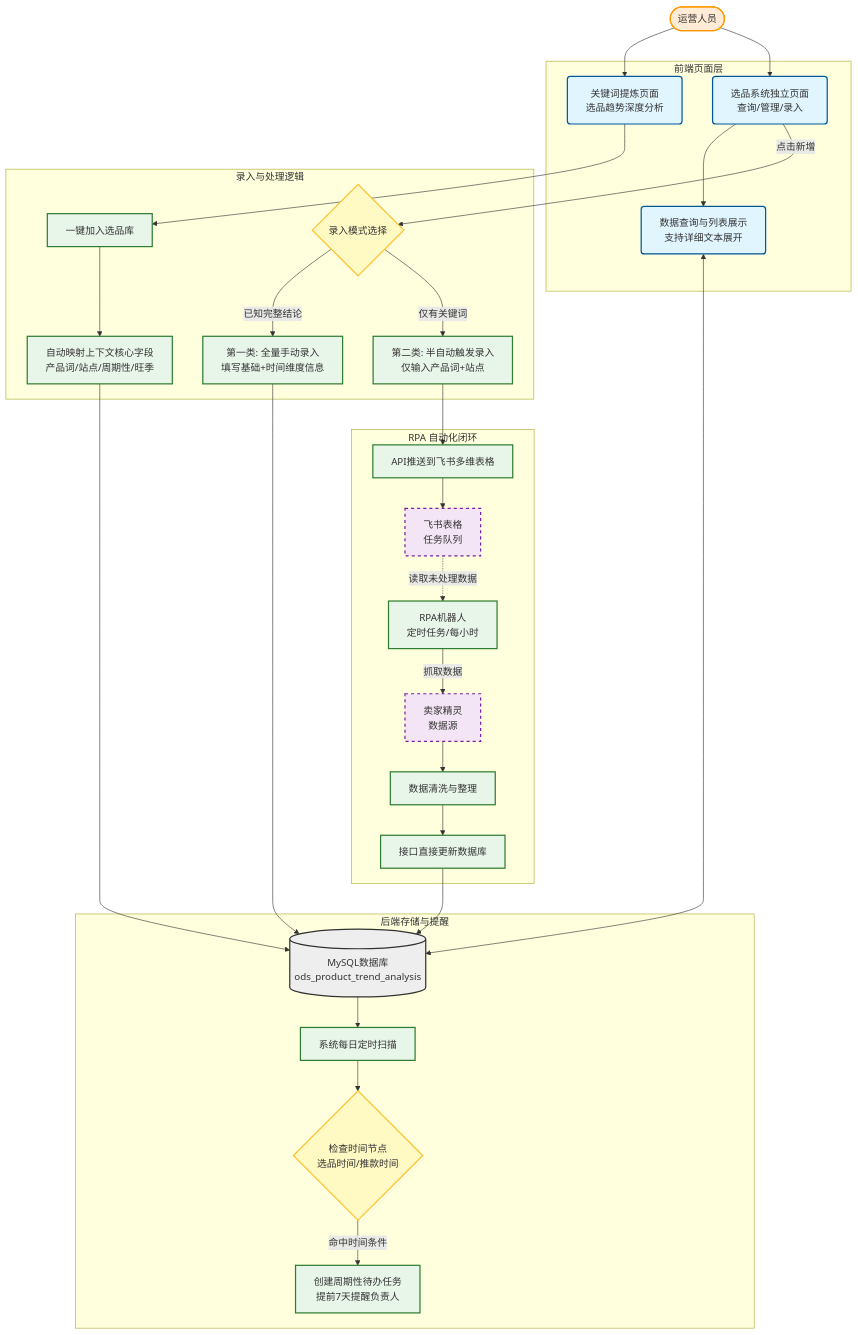
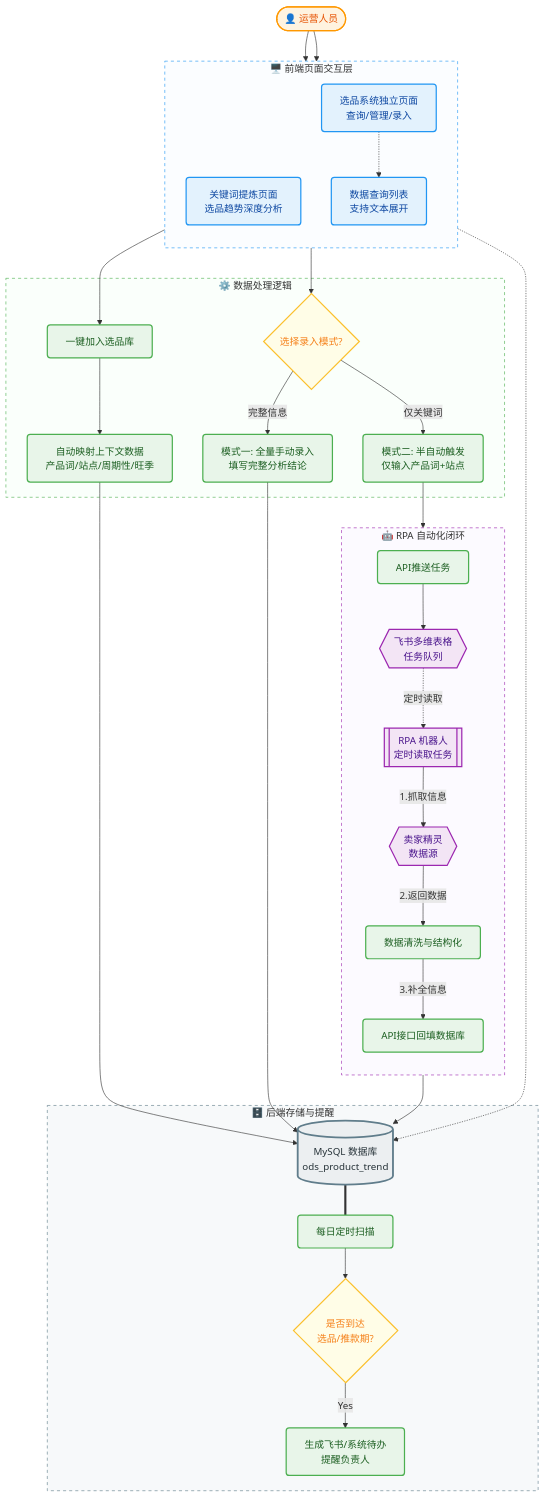
The diagram in all/未命名-1.md (Fleve-MY/iodraw-files), drawn with Mermaid before and after one commit.

Commit message:
2026-01-07 17:41:07 update

````diff
--- a/all/未命名-1.md
+++ b/all/未命名-1.md
@@ -1,83 +1,108 @@
 ```mermaid
 graph TD
-    %% 定义样式
-    classDef actor fill:#ffebd6,stroke:#ff9800,stroke-width:2px;
-    classDef ui fill:#e1f5fe,stroke:#01579b,stroke-width:2px,rx:5,ry:5;
-    classDef process fill:#e8f5e9,stroke:#2e7d32,stroke-width:2px;
-    classDef decision fill:#fff9c4,stroke:#fbc02d,stroke-width:2px,shape:rhombus;
-    classDef db fill:#eee,stroke:#333,stroke-width:2px,shape:cylinder;
-    classDef ext fill:#f3e5f5,stroke:#7b1fa2,stroke-width:2px,stroke-dasharray: 5 5;
+    %% --- 全局样式配置 ---
+    %% 基础字体与线条设置
+    %% linkStyle default stroke:#666,stroke-width:2px,fill:none,stroke-dasharray: 0; 
+    
+    %% --- 样式类定义 (Class Definitions) ---
+    %% 1. 角色类 (橙色)
+    classDef actorStyle fill:#FFF3E0,stroke:#FF9800,stroke-width:2px,color:#E65100,rx:20,ry:20;
+    
+    %% 2. 页面UI类 (蓝色)
+    classDef uiStyle fill:#E3F2FD,stroke:#2196F3,stroke-width:2px,color:#0D47A1,rx:5,ry:5;
+    
+    %% 3. 处理逻辑类 (绿色)
+    classDef processStyle fill:#E8F5E9,stroke:#4CAF50,stroke-width:2px,color:#1B5E20,rx:5,ry:5;
+    
+    %% 4. 判定节点类 (黄色菱形)
+    classDef decisionStyle fill:#FFFDE7,stroke:#FBC02D,stroke-width:2px,color:#F57F17,shape:rhombus;
+    
+    %% 5. RPA/外部系统类 (紫色)
+    classDef extStyle fill:#F3E5F5,stroke:#9C27B0,stroke-width:2px,color:#4A148C,shape:hexagon;
+    
+    %% 6. 数据库/存储类 (灰色圆柱)
+    classDef dbStyle fill:#ECEFF1,stroke:#607D8B,stroke-width:3px,color:#263238,shape:cylinder;
 
-    %% 角色
-    User([运营人员]):::actor
+    %% --- 节点定义 ---
 
-    %% 前端页面层
-    subgraph UI_Layer [前端页面层]
-        TrendPage[关键词提炼页面<br>选品趋势深度分析]:::ui
-        SystemPage[选品系统独立页面<br>查询/管理/录入]:::ui
-        QueryDisplay[数据查询与列表展示<br>支持详细文本展开]:::ui
+    User([👤 运营人员]):::actorStyle
+
+    %% 区域1：前端页面交互
+    subgraph UI_Group [ 🖥️ 前端页面交互层 ]
+        direction TB
+        TrendPage[关键词提炼页面<br>选品趋势深度分析]:::uiStyle
+        SystemPage[选品系统独立页面<br>查询/管理/录入]:::uiStyle
+        QueryDisplay[数据查询列表<br>支持文本展开]:::uiStyle
     end
 
-    %% 业务逻辑层
-    subgraph Logic_Layer [录入与处理逻辑]
-        OneClick[一键加入选品库]:::process
-        AutoMap[自动映射上下文核心字段<br>产品词/站点/周期性/旺季]:::process
+    %% 区域2：数据录入逻辑
+    subgraph Logic_Group [ ⚙️ 数据处理逻辑 ]
+        OneClick[一键加入选品库]:::processStyle
+        AutoMap[自动映射上下文数据<br>产品词/站点/周期性/旺季]:::processStyle
         
-        InputType{录入模式选择}:::decision
-        Type1[第一类: 全量手动录入<br>填写基础+时间维度信息]:::process
-        Type2[第二类: 半自动触发录入<br>仅输入产品词+站点]:::process
+        InputType{选择录入模式?}:::decisionStyle
+        
+        Type1[模式一: 全量手动录入<br>填写完整分析结论]:::processStyle
+        Type2[模式二: 半自动触发<br>仅输入产品词+站点]:::processStyle
     end
 
-    %% RPA自动化层
-    subgraph RPA_Layer [RPA 自动化闭环]
-        PushFeishu[API推送到飞书多维表格]:::process
-        FeishuTable[飞书表格<br>任务队列]:::ext
-        RPABot[RPA机器人<br>定时任务/每小时]:::process
-        SellerSprite[卖家精灵<br>数据源]:::ext
-        DataClean[数据清洗与整理]:::process
-        DBUpdate[接口直接更新数据库]:::process
+    %% 区域3：RPA自动化
+    subgraph RPA_Group [ 🤖 RPA 自动化闭环 ]
+        direction TB
+        PushFeishu[API推送任务]:::processStyle
+        FeishuTable{{飞书多维表格<br>任务队列}}:::extStyle
+        RPABot[[RPA 机器人<br>定时读取任务]]:::extStyle
+        SellerSprite{{卖家精灵<br>数据源}}:::extStyle
+        DataClean[数据清洗与结构化]:::processStyle
+        DBUpdate[API接口回填数据库]:::processStyle
     end
 
-    %% 存储与提醒层
-    subgraph Backend_Layer [后端存储与提醒]
-        DB[(MySQL数据库<br>ods_product_trend_analysis)]:::db
-        DailyScan[系统每日定时扫描]:::process
-        TimeCheck{检查时间节点<br>选品时间/推款时间}:::decision
-        CreateTodo[创建周期性待办任务<br>提前7天提醒负责人]:::process
+    %% 区域4：后端存储与提醒
+    subgraph Backend_Group [ 🗄️ 后端存储与提醒 ]
+        DB[(MySQL 数据库<br>ods_product_trend)]:::dbStyle
+        DailyScan[每日定时扫描]:::processStyle
+        TimeCheck{是否到达<br>选品/推款期?}:::decisionStyle
+        CreateTodo[生成飞书/系统待办<br>提醒负责人]:::processStyle
     end
 
-    %% 连线关系
+    %% --- 连线关系 ---
+    
+    %% 用户入口
     User --> TrendPage
     User --> SystemPage
 
-    %% 路径1：关键词提炼
+    %% 页面交互细节
+    SystemPage -.-> QueryDisplay
+    QueryDisplay -.-> DB
+
+    %% 路径A：一键录入
     TrendPage --> OneClick
     OneClick --> AutoMap
     AutoMap --> DB
 
-    %% 路径2：系统页面操作
-    SystemPage --> QueryDisplay
-    QueryDisplay <--> DB
-    SystemPage -- 点击新增 --> InputType
-
-    %% 分支1：全量录入
-    InputType -- 已知完整结论 --> Type1
+    %% 路径B：手动录入分流
+    SystemPage --> InputType
+    InputType -- 完整信息 --> Type1
     Type1 --> DB
-
-    %% 分支2：RPA辅助
-    InputType -- 仅有关键词 --> Type2
+    
+    %% 路径C：RPA流程
+    InputType -- 仅关键词 --> Type2
     Type2 --> PushFeishu
     PushFeishu --> FeishuTable
-    
-    %% RPA流程
-    FeishuTable -. 读取未处理数据 .-> RPABot
-    RPABot -- 抓取数据 --> SellerSprite
-    SellerSprite --> DataClean
-    DataClean --> DBUpdate
+    FeishuTable -. 定时读取 .-> RPABot
+    RPABot -- 1.抓取信息 --> SellerSprite
+    SellerSprite -- 2.返回数据 --> DataClean
+    DataClean -- 3.补全信息 --> DBUpdate
     DBUpdate --> DB
 
-    %% 待办提醒流程
-    DB --> DailyScan
+    %% 提醒流程
+    DB === DailyScan
     DailyScan --> TimeCheck
-    TimeCheck -- 命中时间条件 --> CreateTodo
+    TimeCheck -- Yes --> CreateTodo
+
+    %% --- 子图背景样式微调 ---
+    style UI_Group fill:#fbfdff,stroke:#2196F3,stroke-dasharray: 5 5
+    style RPA_Group fill:#fcfaff,stroke:#9C27B0,stroke-dasharray: 5 5
+    style Logic_Group fill:#fafffb,stroke:#4CAF50,stroke-dasharray: 5 5
+    style Backend_Group fill:#f7f9fa,stroke:#607D8B,stroke-dasharray: 5 5
 ```
````
